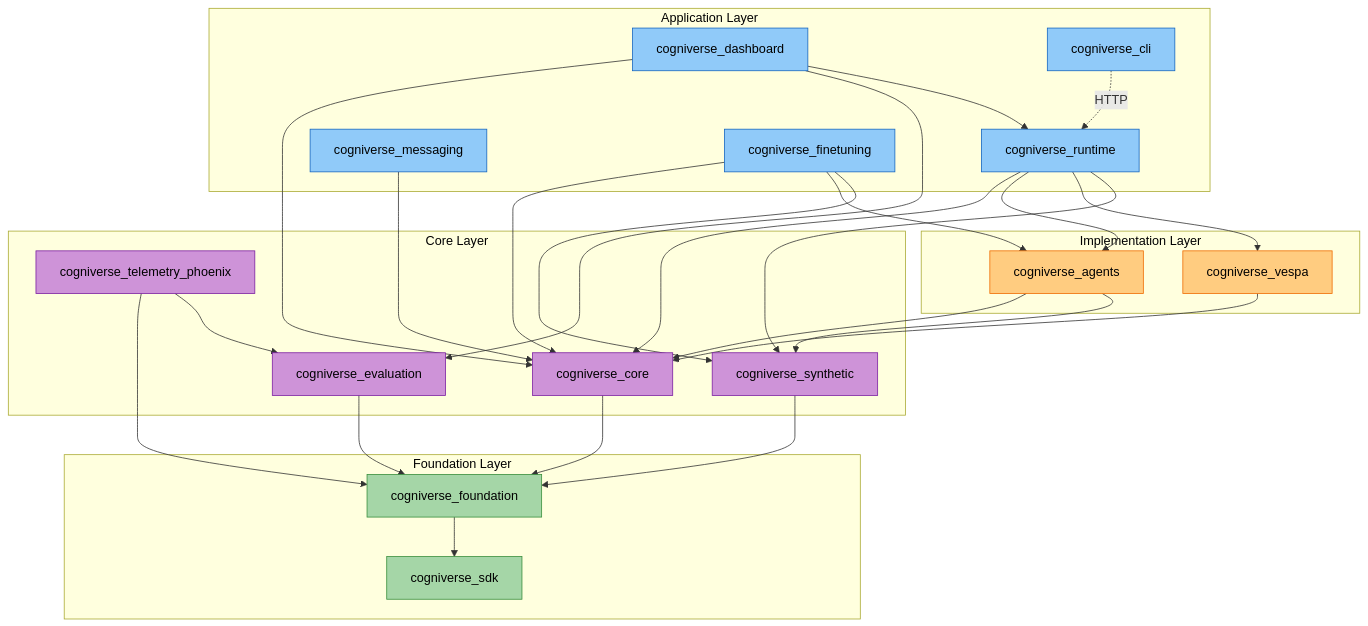
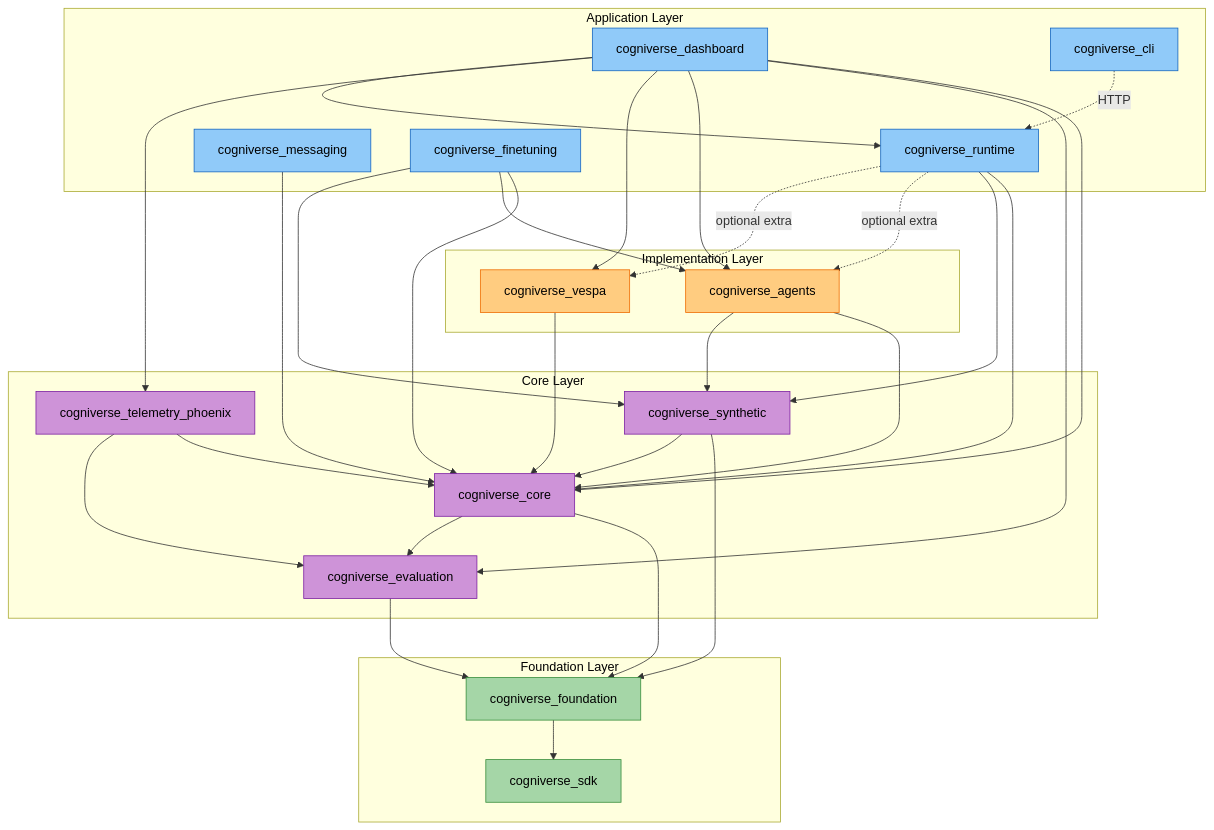
Before and after one commit to amit-jain/cogniverse: the second of 27 diagrams in docs/diagrams/sdk-architecture-diagrams.md, drawn with Mermaid. The commit also changed other lines of this file and 50 other files, not shown here.

First line of the commit message:
Complete and verify docs against code with mermaid palette

````diff
--- a/docs/diagrams/sdk-architecture-diagrams.md
+++ b/docs/diagrams/sdk-architecture-diagrams.md
@@ -102,77 +107,82 @@
 ```mermaid
 flowchart TB
     subgraph FoundationLayer["<span style='color:#000'>Foundation Layer</span>"]
         SDK["<span style='color:#000'>cogniverse_sdk</span>"]
         FoundationPkg["<span style='color:#000'>cogniverse_foundation</span>"]
     end
 
     subgraph CoreLayer["<span style='color:#000'>Core Layer</span>"]
         Core["<span style='color:#000'>cogniverse_core</span>"]
         Evaluation["<span style='color:#000'>cogniverse_evaluation</span>"]
         Phoenix["<span style='color:#000'>cogniverse_telemetry_phoenix</span>"]
         Synthetic["<span style='color:#000'>cogniverse_synthetic</span>"]
     end
 
     subgraph ImplLayer["<span style='color:#000'>Implementation Layer</span>"]
         Agents["<span style='color:#000'>cogniverse_agents</span>"]
         Vespa["<span style='color:#000'>cogniverse_vespa</span>"]
     end
 
     subgraph AppLayer["<span style='color:#000'>Application Layer</span>"]
         Runtime["<span style='color:#000'>cogniverse_runtime</span>"]
         Dashboard["<span style='color:#000'>cogniverse_dashboard</span>"]
         Messaging["<span style='color:#000'>cogniverse_messaging</span>"]
         Finetuning["<span style='color:#000'>cogniverse_finetuning</span>"]
         Cli["<span style='color:#000'>cogniverse_cli</span>"]
     end
 
     %% Foundation dependencies
     FoundationPkg --> SDK
 
     %% Core to Foundation
     Core --> FoundationPkg
+    Core --> Evaluation
     Evaluation --> FoundationPkg
-    Phoenix --> FoundationPkg
+    Phoenix --> Core
     Phoenix --> Evaluation
     Synthetic --> FoundationPkg
+    Synthetic --> Core
 
     %% Implementation to Core
     Agents --> Core
     Agents --> Synthetic
     Vespa --> Core
 
     %% Application to Implementation/Core
     Runtime --> Core
-    Runtime --> Agents
-    Runtime --> Vespa
     Runtime --> Synthetic
+    Runtime -.->|optional extra| Agents
+    Runtime -.->|optional extra| Vespa
     Dashboard --> Core
     Dashboard --> Evaluation
+    Dashboard --> Agents
+    Dashboard --> Vespa
+    Dashboard --> Phoenix
     Dashboard --> Runtime
     Messaging --> Core
     Finetuning --> Core
     Finetuning --> Agents
     Finetuning --> Synthetic
     Cli -.->|HTTP| Runtime
 
     %% Foundation Layer (green)
     style SDK fill:#a5d6a7,stroke:#388e3c,color:#000
     style FoundationPkg fill:#a5d6a7,stroke:#388e3c,color:#000
 
     %% Core Layer (purple)
     style Core fill:#ce93d8,stroke:#7b1fa2,color:#000
     style Evaluation fill:#ce93d8,stroke:#7b1fa2,color:#000
     style Phoenix fill:#ce93d8,stroke:#7b1fa2,color:#000
     style Synthetic fill:#ce93d8,stroke:#7b1fa2,color:#000
 
     %% Implementation Layer (orange)
     style Agents fill:#ffcc80,stroke:#ef6c00,color:#000
     style Vespa fill:#ffcc80,stroke:#ef6c00,color:#000
 
     %% Application Layer (blue)
     style Runtime fill:#90caf9,stroke:#1565c0,color:#000
     style Dashboard fill:#90caf9,stroke:#1565c0,color:#000
     style Messaging fill:#90caf9,stroke:#1565c0,color:#000
     style Finetuning fill:#90caf9,stroke:#1565c0,color:#000
     style Cli fill:#90caf9,stroke:#1565c0,color:#000
 ```
````
